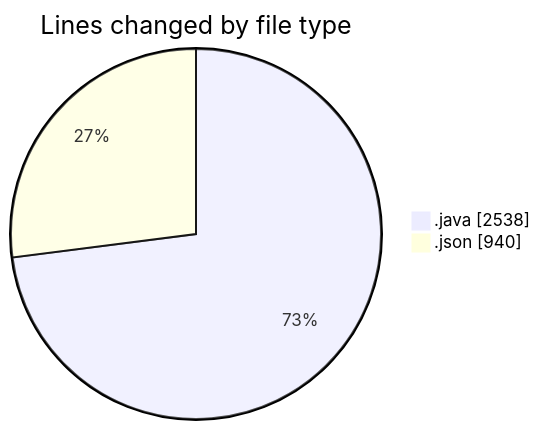
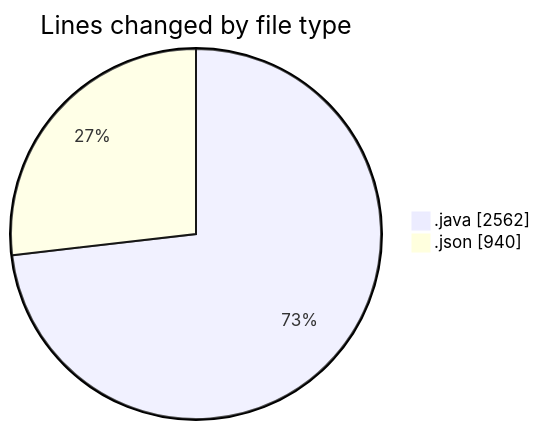
Before and after one commit to ricardozamudiocil/code-tracking: the first of 2 diagrams in 2026-04-28/cilapp/README.md, drawn with Mermaid. The commit also changed other lines of this file and 1 other file, not shown here.

````diff
--- a/2026-04-28/cilapp/README.md
+++ b/2026-04-28/cilapp/README.md
@@ -23,6 +23,6 @@
 ```mermaid
 pie showData
 title Lines changed by file type
-".java" : 2538
+".java" : 2562
 ".json" : 940
 ```
````
